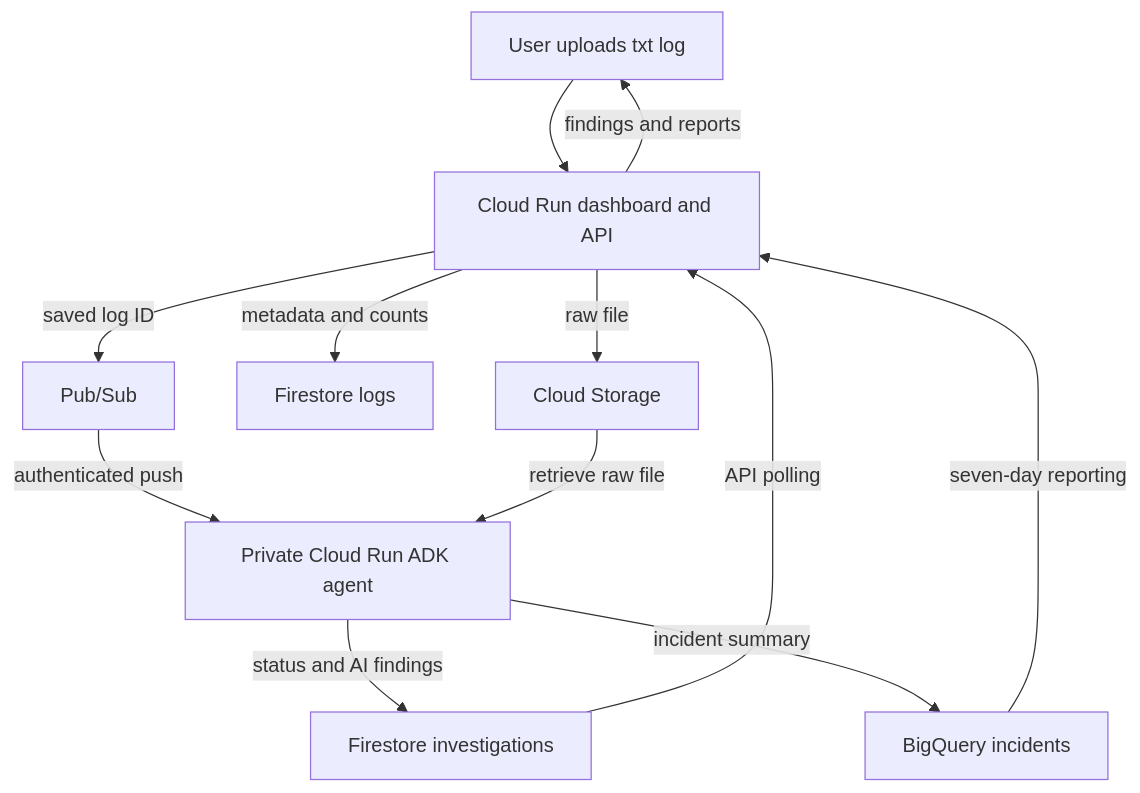
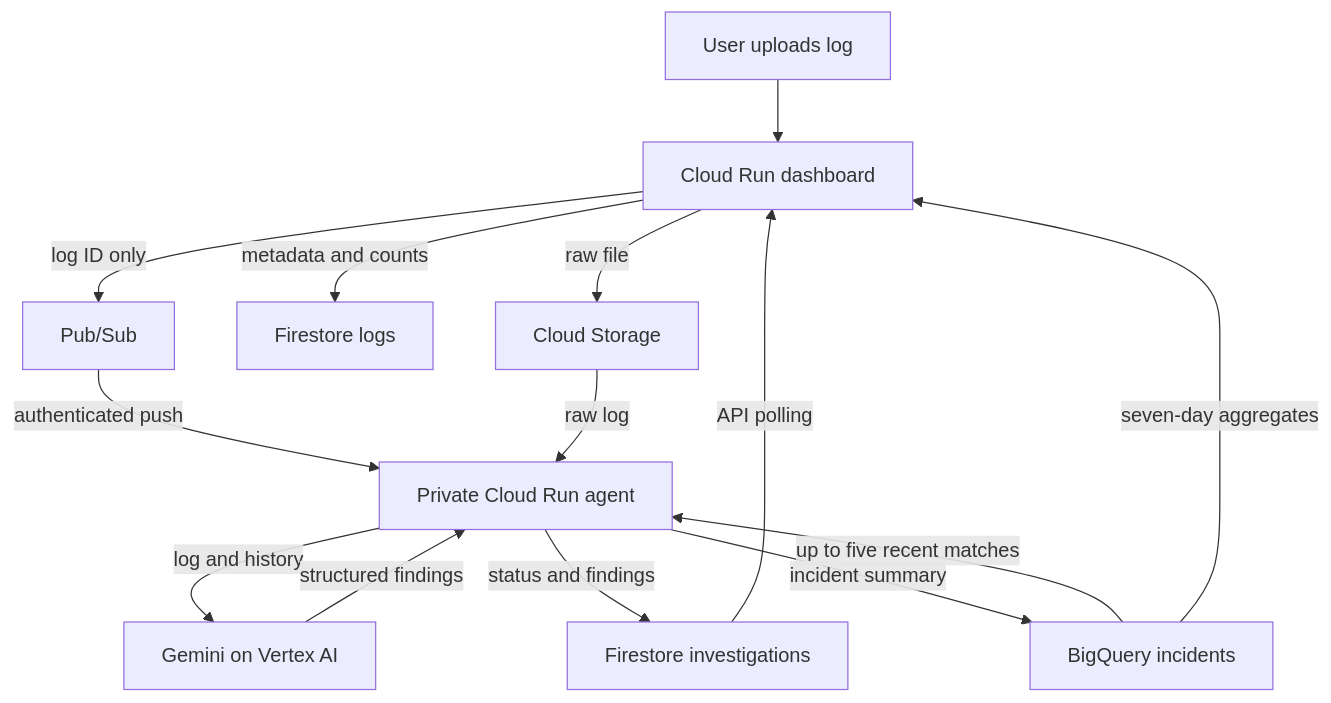
One commit to zeinhaidara/gcp-ai-log-analyzer changed the first of 2 diagrams in README.md. Above: the diagram before and after it, drawn with Mermaid. The commit also changed other lines of this file and 2 other files, not shown here.

````diff
--- a/README.md
+++ b/README.md
@@ -60,14 +18,16 @@
 ```mermaid
 flowchart TB
-  User[User uploads txt log] --> Dashboard[Cloud Run dashboard and API]
+  User[User uploads log] --> Dashboard[Cloud Run dashboard]
   Dashboard -->|raw file| Storage[Cloud Storage]
   Dashboard -->|metadata and counts| Logs[Firestore logs]
-  Dashboard -->|saved log ID| Topic[Pub/Sub]
-  Topic -->|authenticated push| Agent[Private Cloud Run ADK agent]
-  Storage -->|retrieve raw file| Agent
-  Agent -->|status and AI findings| Findings[Firestore investigations]
+  Dashboard -->|log ID only| Topic[Pub/Sub]
+  Topic -->|authenticated push| Agent[Private Cloud Run agent]
+  Storage -->|raw log| Agent
+  BQ[BigQuery incidents] -->|up to five recent matches| Agent
+  Agent -->|log and history| Gemini[Gemini on Vertex AI]
+  Gemini -->|structured findings| Agent
+  Agent -->|status and findings| Findings[Firestore investigations]
+  Agent -->|incident summary| BQ
   Findings -->|API polling| Dashboard
-  Agent -->|incident summary| BQ[BigQuery incidents]
-  BQ -->|seven-day reporting| Dashboard
-  Dashboard -->|findings and reports| User
+  BQ -->|seven-day aggregates| Dashboard
 ```
````
